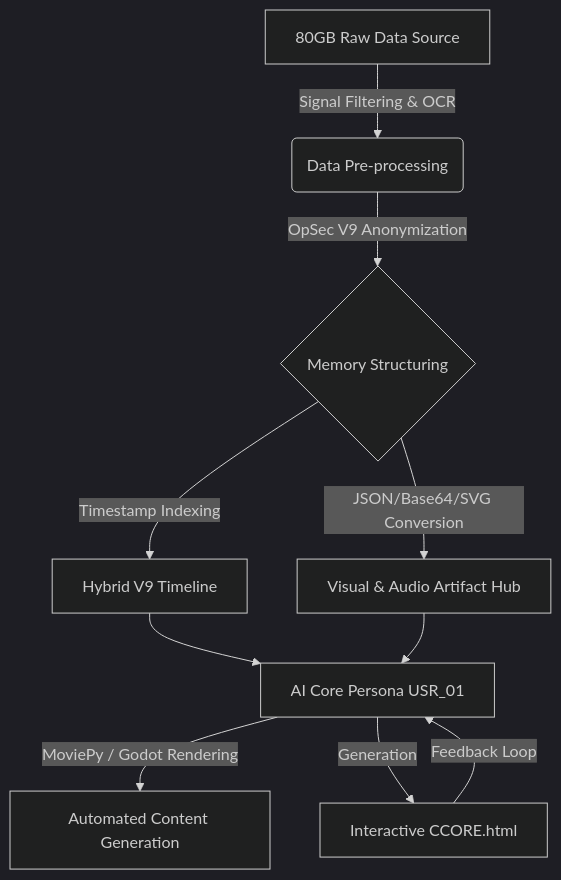
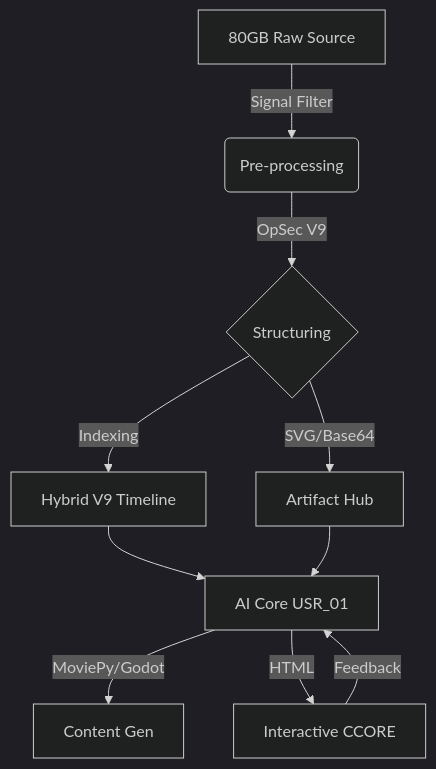
Before and after one commit to ChimeraCoreLab/chimera-core-memory-synthesis: the diagram in README.md, drawn with Mermaid (dark theme). The commit also changed other lines of this file, not shown here.

First line of the commit message:
Refactor README formatting and content

````diff
--- a/README.md
+++ b/README.md
@@ -84,12 +45,12 @@
 ```mermaid
 graph TD
-    A[80GB Raw Data Source] -->|Signal Filtering & OCR| B(Data Pre-processing)
-    B -->|OpSec V9 Anonymization| C{Memory Structuring}
-    C -->|Timestamp Indexing| D[Hybrid V9 Timeline]
-    C -->|JSON/Base64/SVG Conversion| E[Visual & Audio Artifact Hub]
-    D --> F[AI Core Persona USR_01]
-    E --> F
-    F -->|MoviePy / Godot Rendering| G[Automated Content Generation]
-    F -->|Generation| H[Interactive CCORE.html]
-    H -->|Feedback Loop| F
+A[80GB Raw Source] -->|Signal Filter| B(Pre-processing)
+B -->|OpSec V9| C{Structuring}
+C -->|Indexing| D[Hybrid V9 Timeline]
+C -->|SVG/Base64| E[Artifact Hub]
+D --> F[AI Core USR_01]
+E --> F
+F -->|MoviePy/Godot| G[Content Gen]
+F -->|HTML| H[Interactive CCORE]
+H -->|Feedback| F
 ```
````
